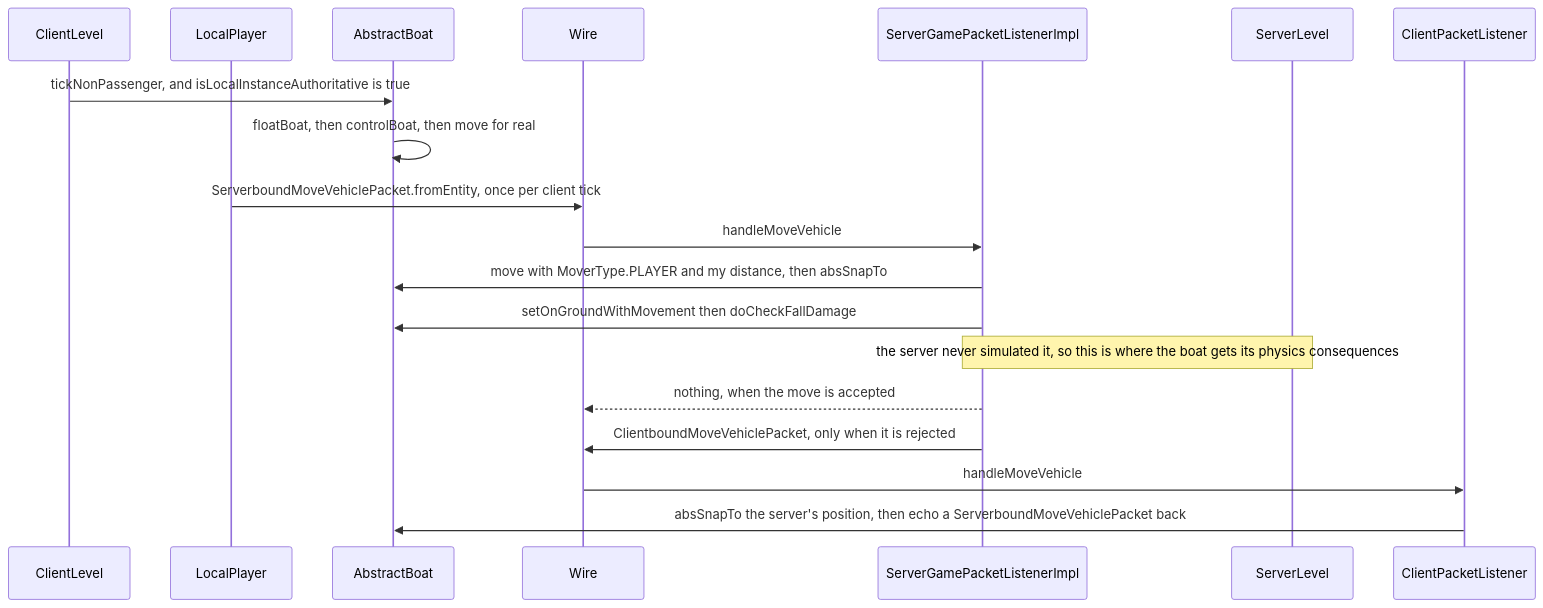
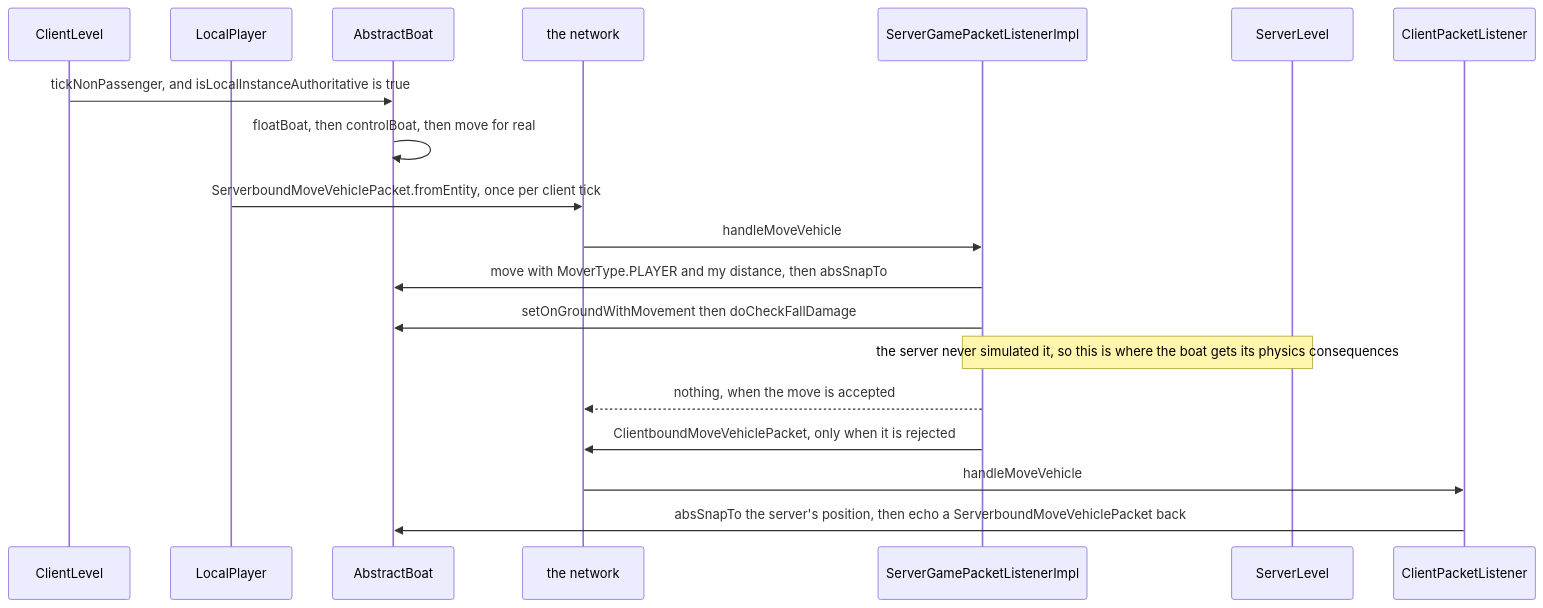
The second of 2 diagrams in src/systems/entities/authority.md (AlexanderjFraser/MinecraftDocs), drawn with Mermaid before and after one commit. The commit also changed 20 other files, not shown here.

````diff
--- a/src/systems/entities/authority.md
+++ b/src/systems/entities/authority.md
@@ -141,22 +141,22 @@
 ```mermaid
 sequenceDiagram
     participant CL as ClientLevel
     participant LP as LocalPlayer
     participant AB as AbstractBoat
-    participant Wire as Wire
+    participant Wire as the network
     participant SGPL as ServerGamePacketListenerImpl
     participant SL as ServerLevel
     participant CPL as ClientPacketListener
 
     CL->>AB: tickNonPassenger, and isLocalInstanceAuthoritative is true
     AB->>AB: floatBoat, then controlBoat, then move for real
     LP->>Wire: ServerboundMoveVehiclePacket.fromEntity, once per client tick
     Wire->>SGPL: handleMoveVehicle
     SGPL->>AB: move with MoverType.PLAYER and my distance, then absSnapTo
     SGPL->>AB: setOnGroundWithMovement then doCheckFallDamage
     Note over SGPL,SL: the server never simulated it, so this is where the boat gets its physics consequences
     SGPL-->>Wire: nothing, when the move is accepted
     SGPL->>Wire: ClientboundMoveVehiclePacket, only when it is rejected
     Wire->>CPL: handleMoveVehicle
     CPL->>AB: absSnapTo the server's position, then echo a ServerboundMoveVehiclePacket back
 ```
````
